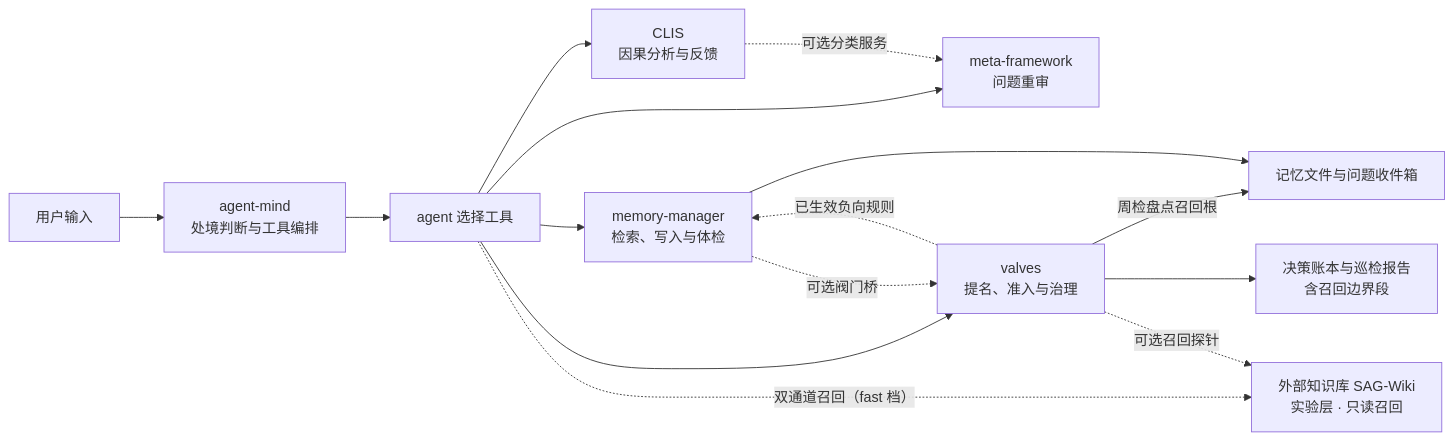
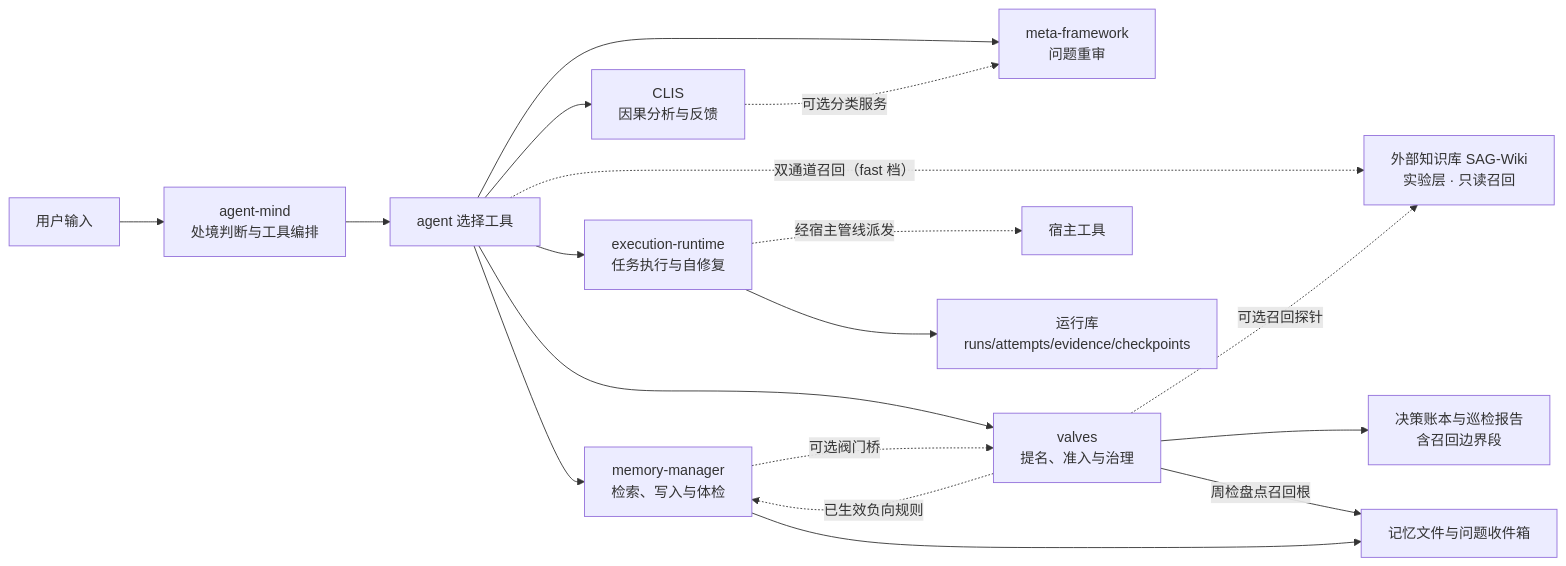
One commit to Chandlersn/dsh-mind-system changed the diagram in README.md. Above: the diagram before and after it, drawn with Mermaid. The commit also changed other lines of this file, not shown here.

First line of the commit message:
docs: add execution-runtime to the README

````diff
--- a/README.md
+++ b/README.md
@@ -21,18 +22,21 @@
 ```mermaid
 flowchart LR
     U[用户输入] --> M[agent-mind<br/>处境判断与工具编排]
     M --> A[agent 选择工具]
     A --> C[CLIS<br/>因果分析与反馈]
     A --> F[meta-framework<br/>问题重审]
     A --> R[memory-manager<br/>检索、写入与体检]
     A --> V[valves<br/>提名、准入与治理]
+    A --> X[execution-runtime<br/>任务执行与自修复]
     A -. 双通道召回（fast 档） .-> K
     C -. 可选分类服务 .-> F
     R -. 可选阀门桥 .-> V
     V -. 已生效负向规则 .-> R
     V -->|周检盘点召回根| I
     R --> I[记忆文件与问题收件箱]
     V --> L[决策账本与巡检报告<br/>含召回边界段]
     V -. 可选召回探针 .-> K
+    X -. 经宿主管线派发 .-> T[宿主工具]
+    X --> S[运行库<br/>runs/attempts/evidence/checkpoints]
     K[外部知识库 SAG-Wiki<br/>实验层 · 只读召回]
 ```
````
